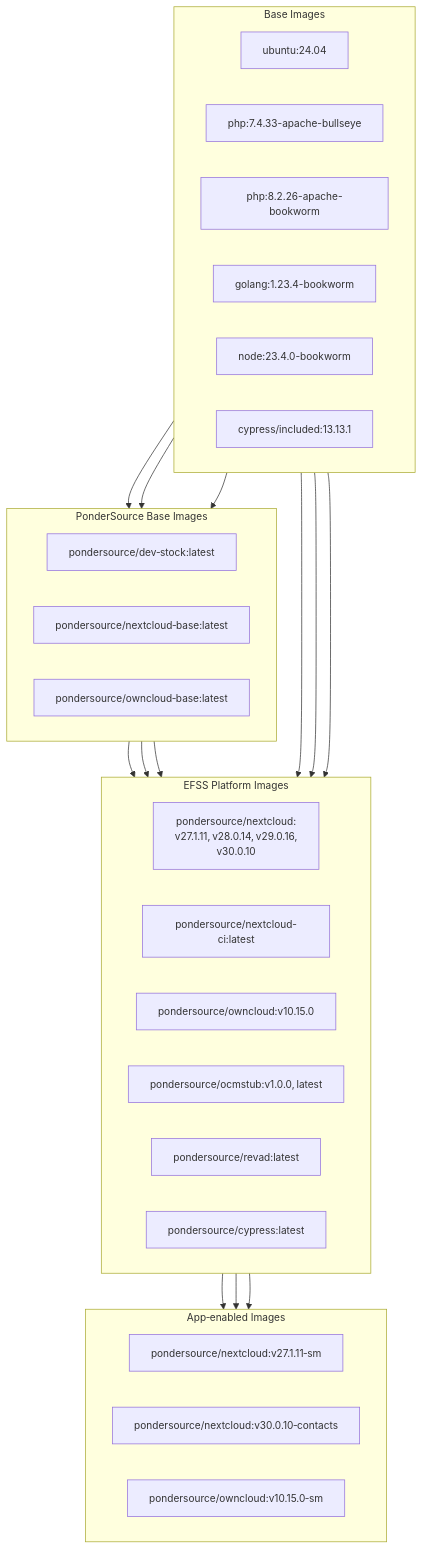
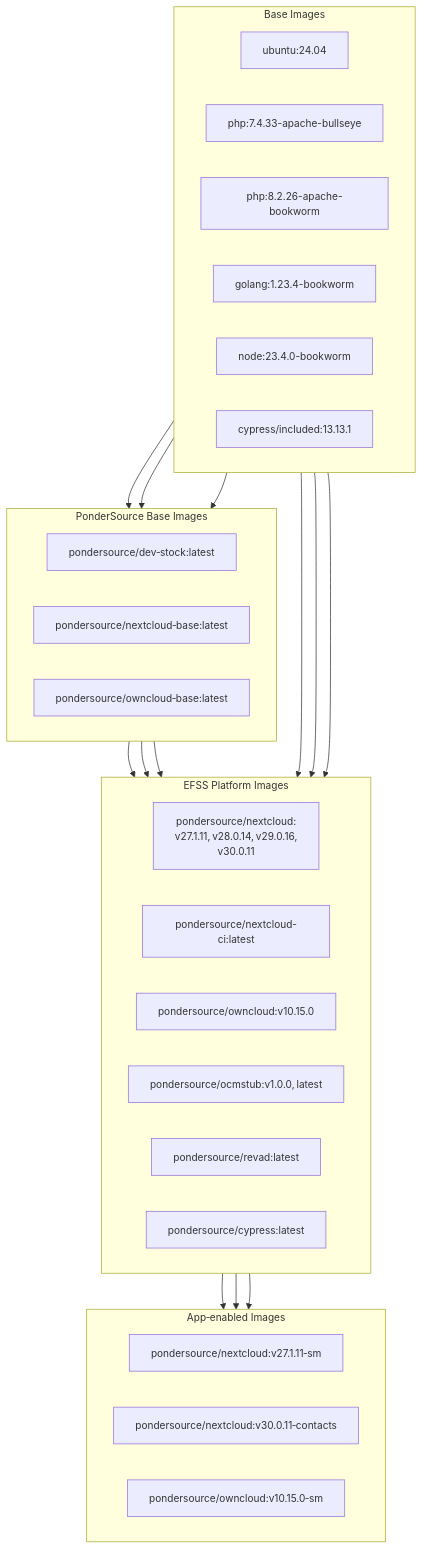
The third of 4 diagrams in docs/3-docker-management.md (pondersource/dev-stock), drawn with Mermaid before and after one commit. The commit also changed other lines of this file and 11 other files, not shown here.

````diff
--- a/docs/3-docker-management.md
+++ b/docs/3-docker-management.md
@@ -127,52 +127,52 @@
 ```mermaid
 %%{init:{ "themeVariables": { "fontSize": "14px" } }}%%
 flowchart TB
     subgraph BASE ["Base Images"]
         direction LR
         UBUNTU[ubuntu:24.04]
         PHP7[php:7.4.33-apache-bullseye]
         PHP8[php:8.2.26-apache-bookworm]
         GO[golang:1.23.4-bookworm]
         NODE[node:23.4.0-bookworm]
         CYPRESS[cypress/included:13.13.1]
     end
 
     subgraph PSBASE ["PonderSource Base Images"]
         direction LR
         DEVSTOCK[pondersource/dev‑stock:latest]
         NCBASE[pondersource/nextcloud‑base:latest]
         OCBASE[pondersource/owncloud‑base:latest]
     end
 
     subgraph EFSS["EFSS Platform Images"]
         direction LR
-        NCIMG[pondersource/nextcloud:<br>v27.1.11, v28.0.14, v29.0.16,<br>v30.0.10]
+        NCIMG[pondersource/nextcloud:<br>v27.1.11, v28.0.14, v29.0.16,<br>v30.0.11]
         NCCIIMG[pondersource/nextcloud-ci:latest]
         OCIMG[pondersource/owncloud:v10.15.0]
         OCMSTUB[pondersource/ocmstub:v1.0.0, latest]
         REVAD[pondersource/revad:latest]
         CYPRESS_P[pondersource/cypress:latest]
     end
 
     subgraph APPS["App‑enabled Images"]
         direction LR
         NCAPP1[pondersource/nextcloud:v27.1.11‑sm]
-        NCAPP2[pondersource/nextcloud:v30.0.10‑contacts]
+        NCAPP2[pondersource/nextcloud:v30.0.11‑contacts]
         OCAPP[pondersource/owncloud:v10.15.0‑sm]
     end
 
     UBUNTU --> DEVSTOCK
     PHP7 --> OCBASE
     PHP8 --> NCBASE
 
     GO --> REVAD
     NODE --> OCMSTUB
     CYPRESS --> CYPRESS_P
     NCBASE--> NCIMG
     NCBASE--> NCCIIMG
     OCBASE   --> OCIMG
 
     NCIMG --> NCAPP1
     NCIMG --> NCAPP2
     OCIMG --> OCAPP
 ```
````
